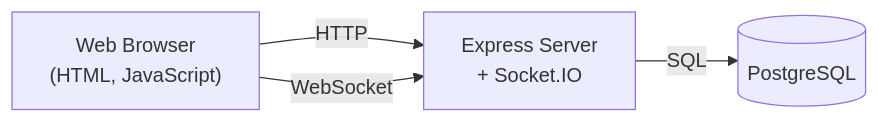
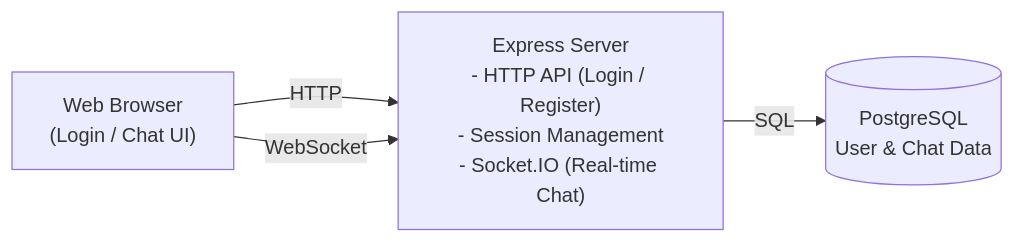
Before and after one commit to sngmng6506/Chatting-Program: the diagram in README.md, drawn with Mermaid.

````diff
--- a/README.md
+++ b/README.md
@@ -14,10 +14,13 @@
 ```mermaid
 graph LR
-    Browser["Web Browser\n(HTML, JavaScript)"]
-    Server["Express Server\n+ Socket.IO"]
-    DB[(PostgreSQL)]
+    Client["Web Browser\n(Login / Chat UI)"]
 
-    Browser -- HTTP --> Server
-    Browser -- WebSocket --> Server
+    Server["Express Server\n- HTTP API (Login / Register)\n- Session Management\n- Socket.IO (Real-time Chat)"]
+
+    DB[(PostgreSQL\nUser & Chat Data)]
+
+    Client -- HTTP --> Server
+    Client -- WebSocket --> Server
     Server -- SQL --> DB
+
 ```
````
